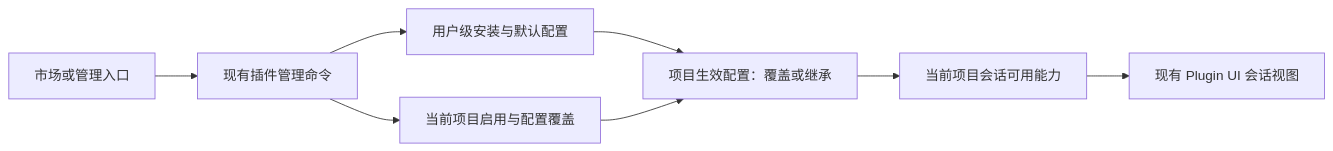
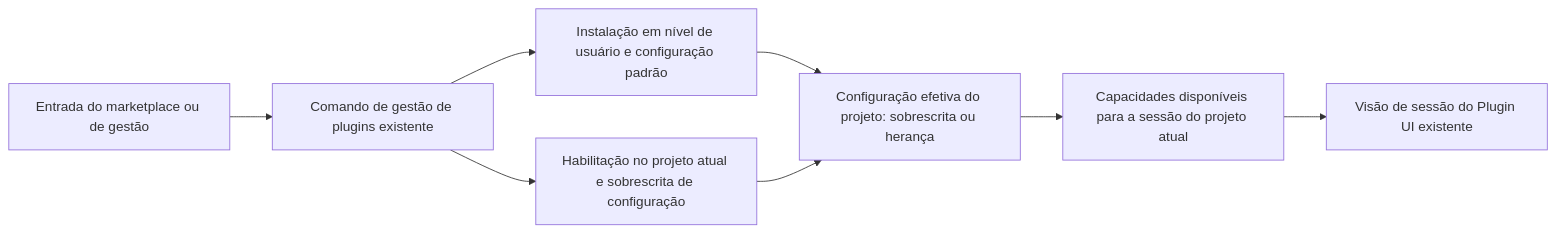
One commit to JoaoNetoDev/BR-Code changed the third of 5 diagrams in docs/plugins/plugin-market-interactions-scope.md. Above: the diagram before and after it, drawn with Mermaid. The commit also changed other lines of this file and 177 other files, not shown here.

````diff
--- a/docs/plugins/plugin-market-interactions-scope.md
+++ b/docs/plugins/plugin-market-interactions-scope.md
@@ -108,10 +108,10 @@
 ```mermaid
 flowchart LR
-  A[市场或管理入口] --> B[现有插件管理命令]
-  B --> C[用户级安装与默认配置]
-  B --> P[当前项目启用与配置覆盖]
-  C --> D[项目生效配置：覆盖或继承]
+  A[Entrada do marketplace ou de gestão] --> B[Comando de gestão de plugins existente]
+  B --> C[Instalação em nível de usuário e configuração padrão]
+  B --> P[Habilitação no projeto atual e sobrescrita de configuração]
+  C --> D[Configuração efetiva do projeto: sobrescrita ou herança]
   P --> D
-  D --> E[当前项目会话可用能力]
-  E --> F[现有 Plugin UI 会话视图]
+  D --> E[Capacidades disponíveis para a sessão do projeto atual]
+  E --> F[Visão de sessão do Plugin UI existente]
 ```
````
